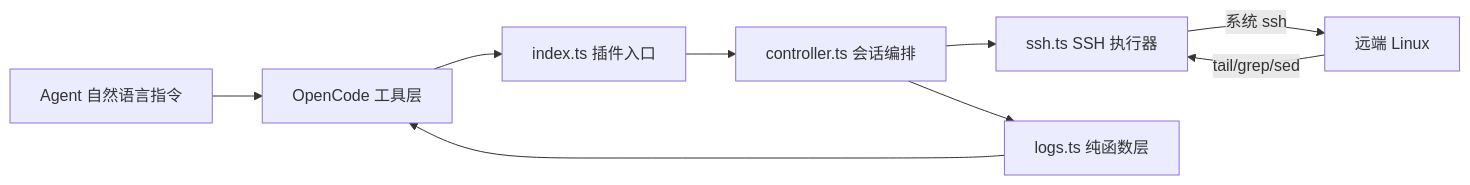
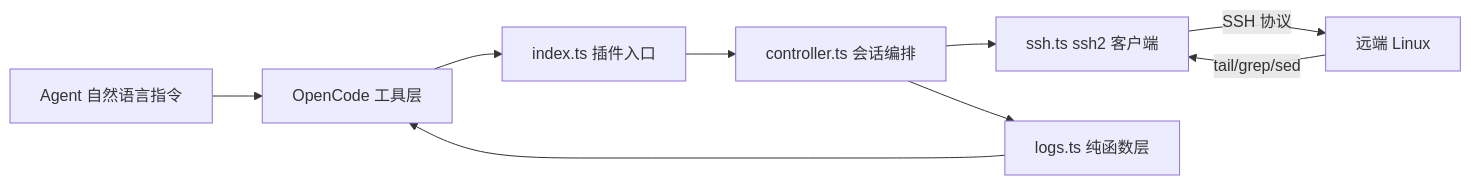
One commit to wonglaitung/opencode changed the diagram in opencode-server-debug/docs/design.md. Above: the diagram before and after it, drawn with Mermaid. The commit also changed other lines of this file and 10 other files, not shown here.

````diff
--- a/opencode-server-debug/docs/design.md
+++ b/opencode-server-debug/docs/design.md
@@ -8,11 +8,11 @@
 ```mermaid
 flowchart LR
     A[Agent 自然语言指令] --> B[OpenCode 工具层]
     B --> C[index.ts 插件入口]
     C --> D[controller.ts 会话编排]
-    D --> E[ssh.ts SSH 执行器]
-    E -->|系统 ssh| F[远端 Linux]
+    D --> E[ssh.ts ssh2 客户端]
+    E -->|SSH 协议| F[远端 Linux]
     F -->|tail/grep/sed| E
     D --> G[logs.ts 纯函数层]
     G --> B
 ```
````
